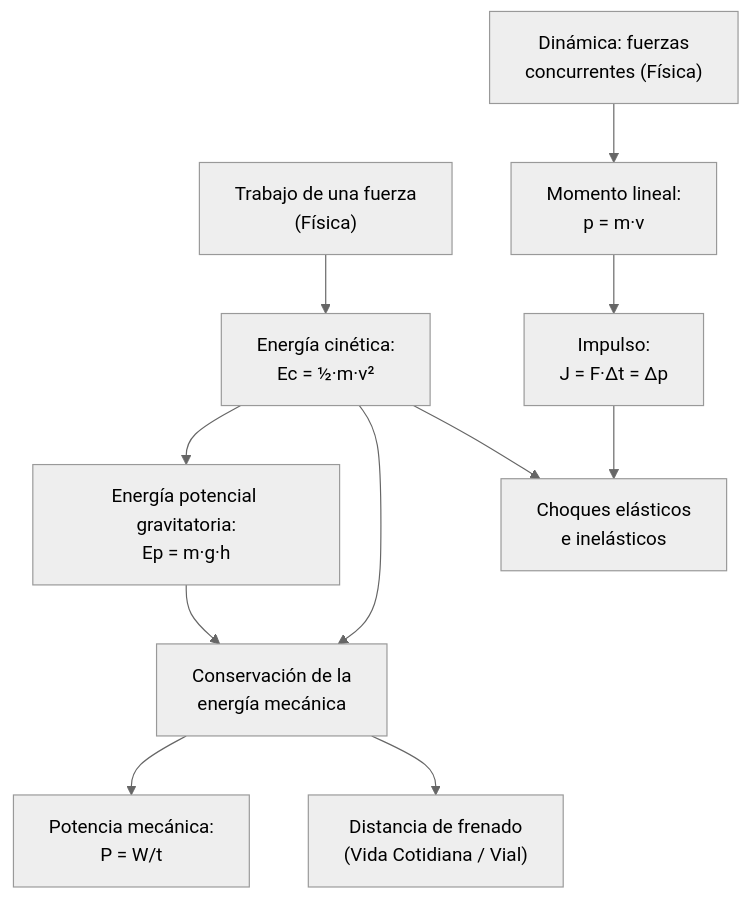
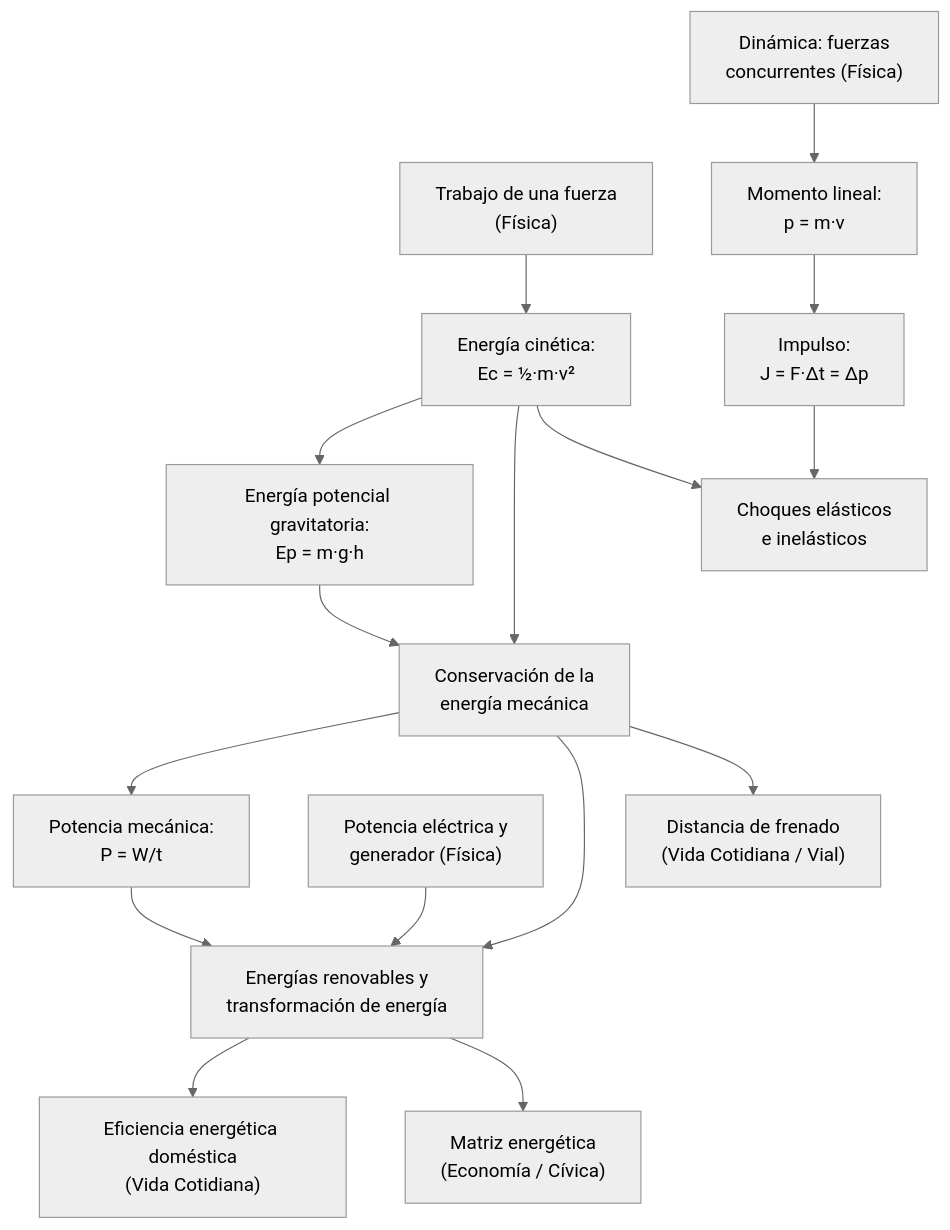
One commit to BOTC3PO/Proyecto_final changed diagram 18 of 53 in content/troncos.md. Above: the diagram before and after it, drawn with Mermaid (neutral theme). The commit also changed other lines of this file and 2 other files, not shown here.

Commit message:
Troncos: 9 temas nuevos de Física y Química (nodos, lista plana, changelog v3.1)

````diff
--- a/content/troncos.md
+++ b/content/troncos.md
@@ -2571,15 +2591,20 @@
 ```mermaid
 graph TD
   F7P["Trabajo de una fuerza<br/>(Física)"] --> ENE1["Energía cinética:<br/>Ec = ½·m·v²"]
   ENE1 --> ENE2["Energía potencial gravitatoria:<br/>Ep = m·g·h"]
   ENE1 --> ENE3["Conservación de la<br/>energía mecánica"]
   ENE2 --> ENE3
   ENE3 --> ENE4["Potencia mecánica:<br/>P = W/t"]
+  ENE3 --> ENE5["Energías renovables y<br/>transformación de energía"]
+  ENE4 --> ENE5
+  FIS6P2["Potencia eléctrica y<br/>generador (Física)"] --> ENE5
+  ENE5 --> E8N2P["Eficiencia energética doméstica<br/>(Vida Cotidiana)"]
+  ENE5 --> MATRIZP["Matriz energética<br/>(Economía / Cívica)"]
 
   ENE3 --> V1P["Distancia de frenado<br/>(Vida Cotidiana / Vial)"]
 
   F5P["Dinámica: fuerzas<br/>concurrentes (Física)"] --> MOM1["Momento lineal:<br/>p = m·v"]
   MOM1 --> MOM2["Impulso:<br/>J = F·Δt = Δp"]
   ENE1 --> MOM3["Choques elásticos<br/>e inelásticos"]
   MOM2 --> MOM3
 ```
````
